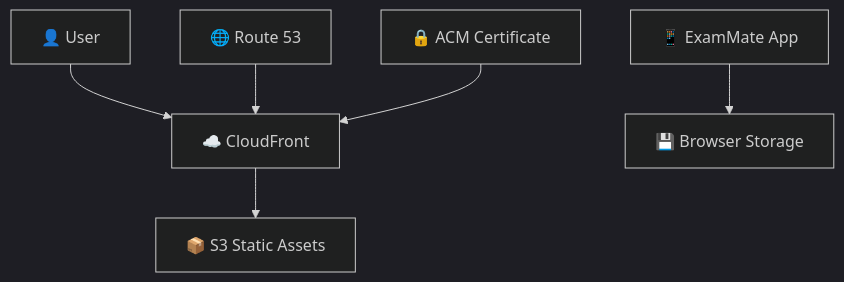
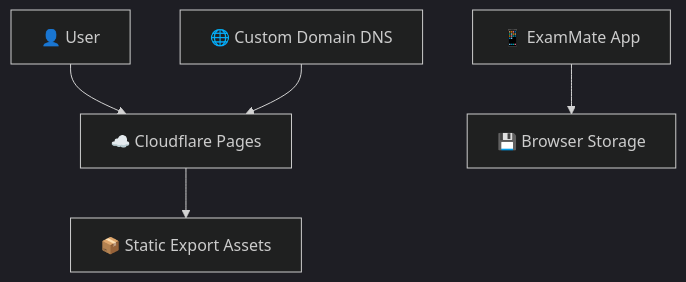
Before and after one commit to Kjjedd/exam-practice-app: the second of 2 diagrams in README.md, drawn with Mermaid (dark theme). The commit also changed other lines of this file and 1 other file, not shown here.

First line of the commit message:
chore: migrate static hosting to Cloudflare Pages

````diff
--- a/README.md
+++ b/README.md
@@ -309,8 +309,7 @@
 ```mermaid
 graph TB
-    User[👤 User] --> CF[☁️ CloudFront]
-    CF --> S3[📦 S3 Static Assets]
-    DNS[🌐 Route 53] --> CF
-    ACM[🔒 ACM Certificate] --> CF
+    User[👤 User] --> CF[☁️ Cloudflare Pages]
+    DNS[🌐 Custom Domain DNS] --> CF
+    CF --> Assets[📦 Static Export Assets]
     App[📱 ExamMate App] --> Storage[💾 Browser Storage]
 ```
````
